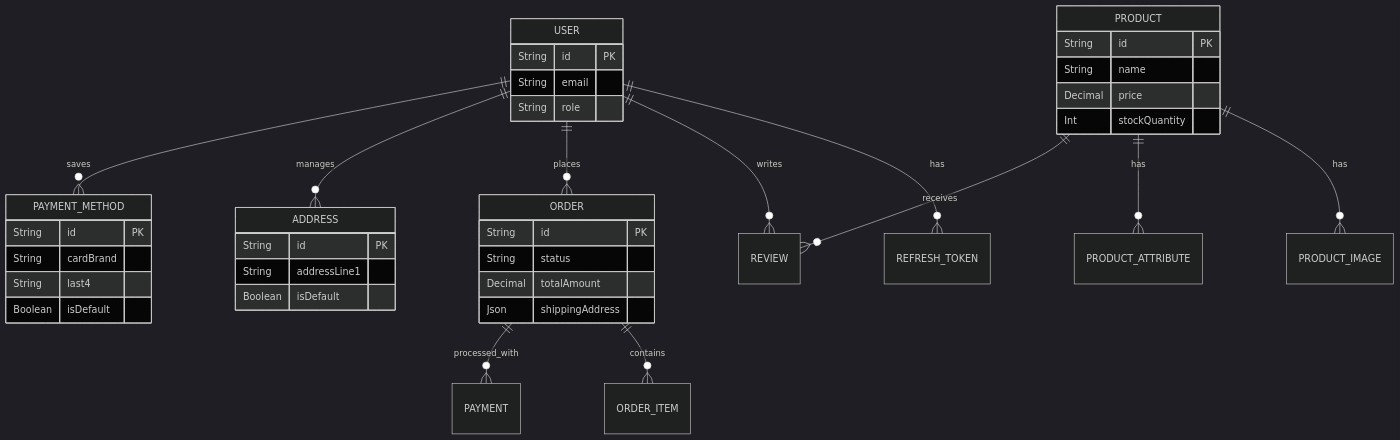
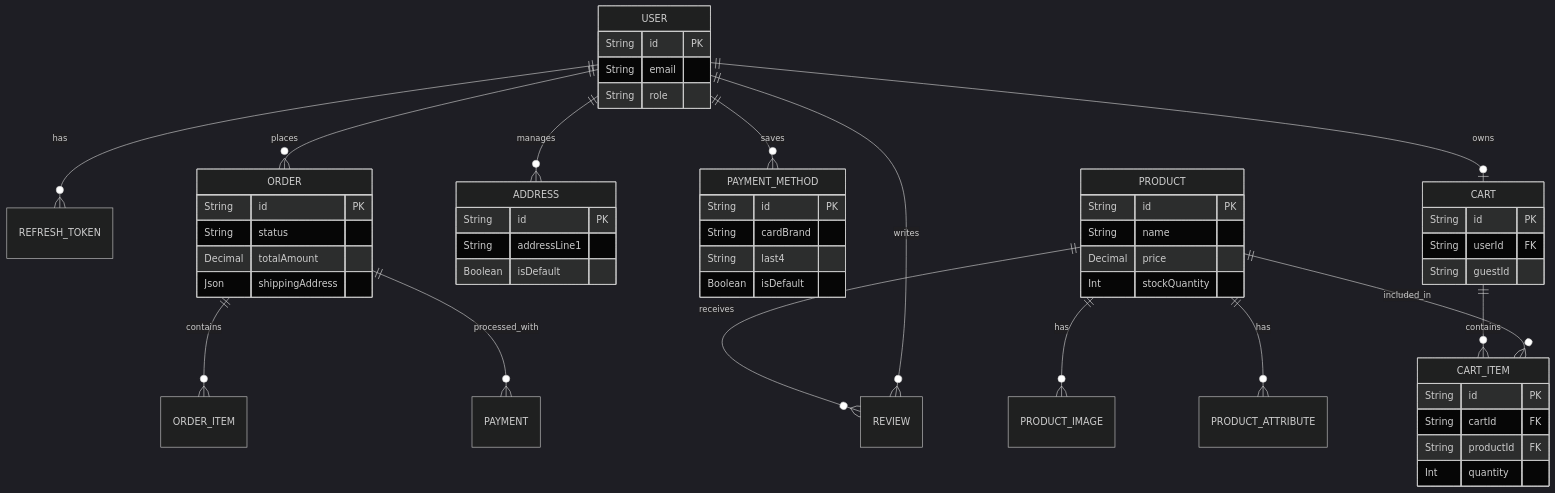
One commit to saliya1000/e-commerce changed the diagram in README.md. Above: the diagram before and after it, drawn with Mermaid (dark theme). The commit also changed 4 other files, not shown here.

Commit message:
Update default country to Finland, fix out-of-stock UI gracefully, and update ERD in README

````diff
--- a/README.md
+++ b/README.md
@@ -78,45 +78,61 @@
 ```mermaid
 erDiagram
     USER ||--o{ REFRESH_TOKEN : has
     USER ||--o{ REVIEW : writes
     USER ||--o{ ORDER : places
     USER ||--o{ ADDRESS : manages
     USER ||--o{ PAYMENT_METHOD : saves
+    USER ||--o| CART : owns
     USER {
         String id PK
         String email
         String role
     }
 
     PRODUCT ||--o{ PRODUCT_IMAGE : has
     PRODUCT ||--o{ PRODUCT_ATTRIBUTE : has
     PRODUCT ||--o{ REVIEW : receives
+    PRODUCT ||--o{ CART_ITEM : included_in
     PRODUCT {
         String id PK
         String name
         Decimal price
         Int stockQuantity
+    }
+
+    CART ||--o{ CART_ITEM : contains
+    CART {
+        String id PK
+        String userId FK
+        String guestId
+    }
+
+    CART_ITEM {
+        String id PK
+        String cartId FK
+        String productId FK
+        Int quantity
     }
 
     ORDER ||--o{ ORDER_ITEM : contains
     ORDER ||--o{ PAYMENT : processed_with
     ORDER {
         String id PK
         String status
         Decimal totalAmount
         Json shippingAddress
     }
     
     ADDRESS {
         String id PK
         String addressLine1
         Boolean isDefault
     }
     
     PAYMENT_METHOD {
         String id PK
         String cardBrand
         String last4
         Boolean isDefault
     }
 ```
````
